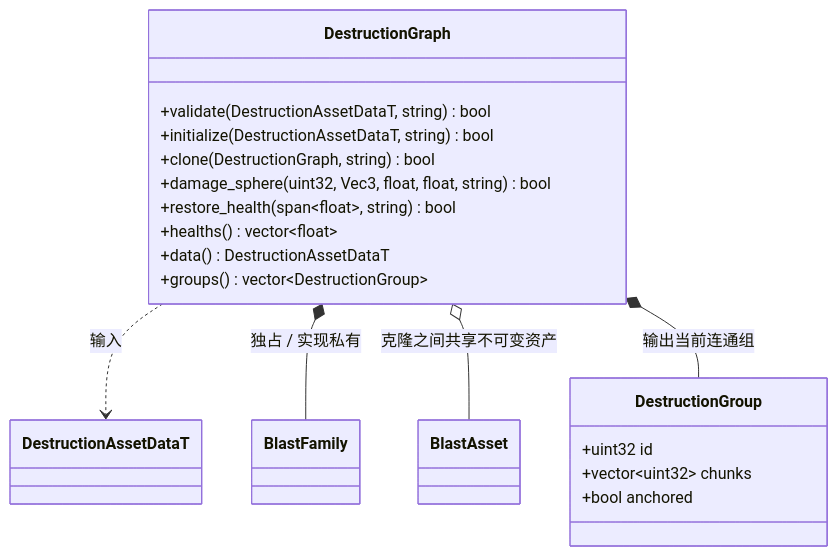
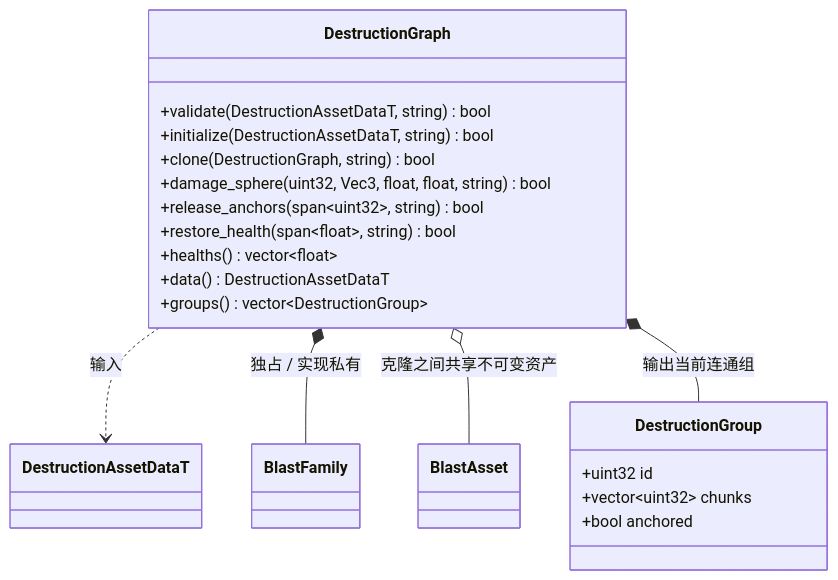
Before and after one commit to lcals/Engine: the diagram in docs/plugins/runtime/class-diagrams/destruction-graph.md, drawn with Mermaid. The commit also changed other lines of this file and 85 other files, not shown here.

````diff
--- a/docs/plugins/runtime/class-diagrams/destruction-graph.md
+++ b/docs/plugins/runtime/class-diagrams/destruction-graph.md
@@ -5,25 +5,26 @@
 ```mermaid
 classDiagram
 class DestructionGraph {
   +validate(DestructionAssetDataT, string) bool
   +initialize(DestructionAssetDataT, string) bool
   +clone(DestructionGraph, string) bool
   +damage_sphere(uint32, Vec3, float, float, string) bool
+  +release_anchors(span~uint32~, string) bool
   +restore_health(span~float~, string) bool
   +healths() vector~float~
   +data() DestructionAssetDataT
   +groups() vector~DestructionGroup~
 }
 class DestructionGroup {
   +uint32 id
   +vector~uint32~ chunks
   +bool anchored
 }
 class DestructionAssetDataT
 class BlastFamily
 class BlastAsset
 DestructionGraph ..> DestructionAssetDataT : 输入
 DestructionGraph *-- BlastFamily : 独占 / 实现私有
 DestructionGraph o-- BlastAsset : 克隆之间共享不可变资产
 DestructionGraph *-- DestructionGroup : 输出当前连通组
 ```
````
